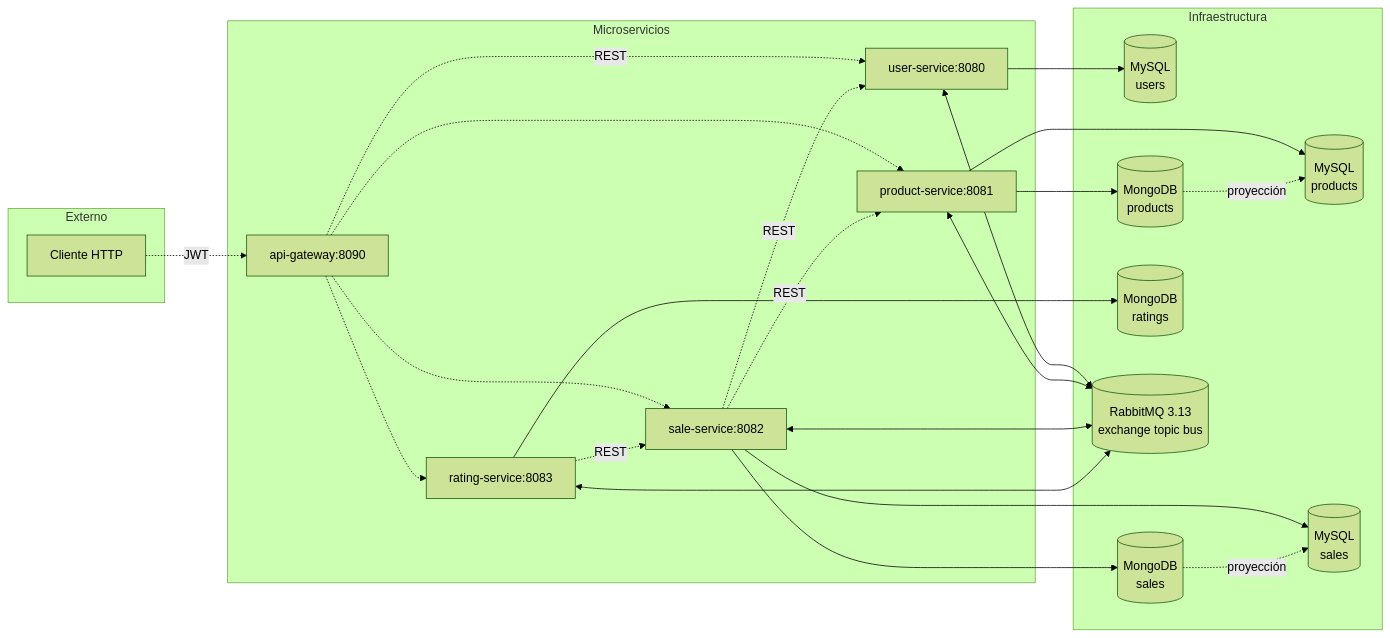
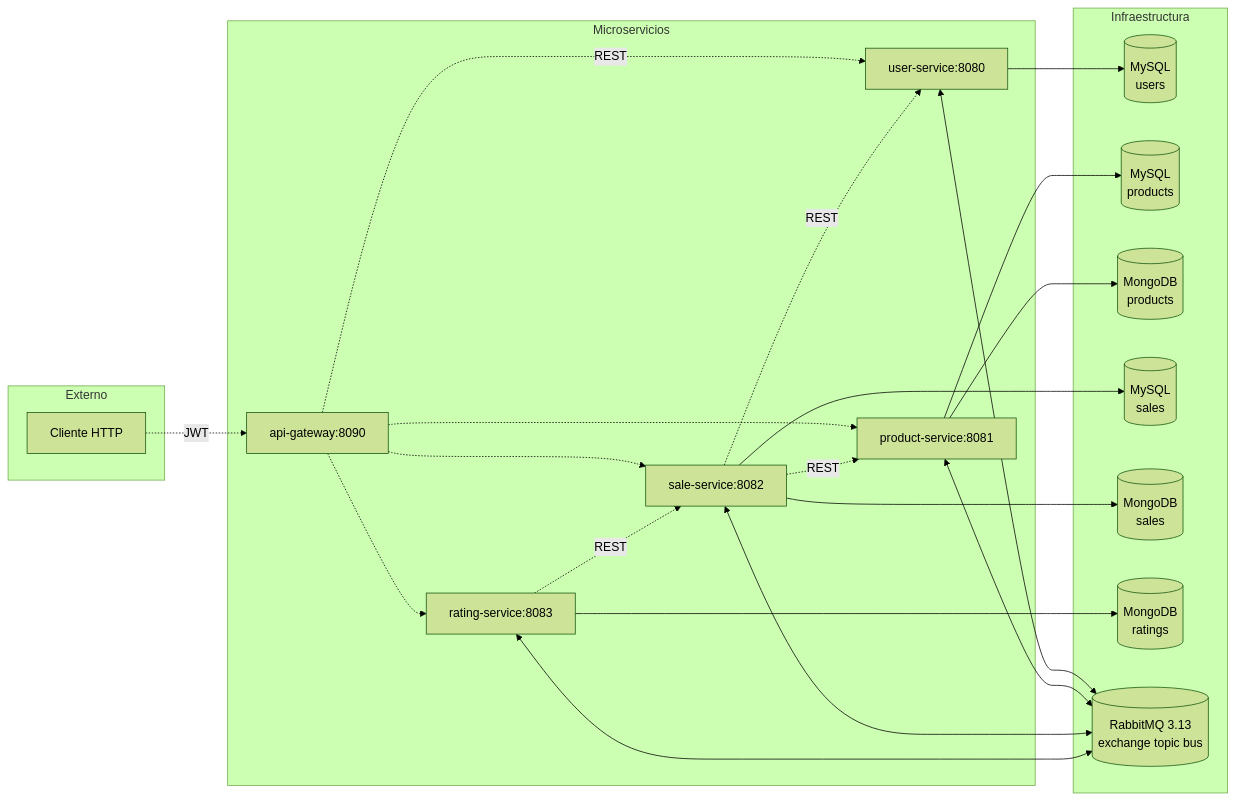
Before and after one commit to ibracb/segundum: the diagram in docs/01-backend.md, drawn with Mermaid (forest theme).

Commit message:
Update backend documentation by removing projections
Removed references to 'proyección' in the backend documentation.

````diff
--- a/docs/01-backend.md
+++ b/docs/01-backend.md
@@ -30,49 +30,46 @@
 ```mermaid
 flowchart LR
     subgraph Externo
         C[Cliente HTTP]
     end
 
     subgraph "Microservicios"
         G["api-gateway:8090"]
         U["user-service:8080"]
         P["product-service:8081"]
         S["sale-service:8082"]
         R["rating-service:8083"]
     end
 
     subgraph "Infraestructura"
         MU[(MySQL<br/>users)]
         MP[(MySQL<br/>products)]
         MO[(MongoDB<br/>products)]
         MS[(MySQL<br/>sales)]
         SO[(MongoDB<br/>sales)]
         RO[(MongoDB<br/>ratings)]
         Q[(RabbitMQ 3.13<br/>exchange topic bus)]
     end
 
     C -.->|JWT| G
     G -.->|REST| U
     G -.-> P
     G -.-> S
     G -.-> R
 
     U --> MU
     P --> MP
     P --> MO
     S --> MS
     S --> SO
     R --> RO
 
     U <--> Q
     P <--> Q
     S <--> Q
     R <--> Q
 
     S -.->|REST| U
     S -.->|REST| P
     R -.->|REST| S
-
-    MO -.->|proyección| MP
-    SO -.->|proyección| MS
 ```
````
